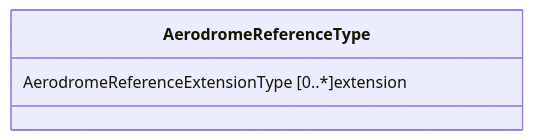
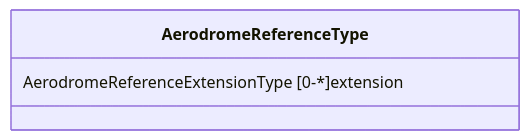
The third of 3 diagrams in docs/fixm/FIXM_UML_in_mermaid.md (du-lapin/test_docsify), drawn with Mermaid before and after one commit. The commit also changed other lines of this file, not shown here.

````diff
--- a/docs/fixm/FIXM_UML_in_mermaid.md
+++ b/docs/fixm/FIXM_UML_in_mermaid.md
@@ -24,5 +24,5 @@
 ```mermaid
 classDiagram
 class AerodromeReferenceType	
-AerodromeReferenceType : AerodromeReferenceExtensionType [0..*]extension
+AerodromeReferenceType : AerodromeReferenceExtensionType [0-*]extension
 ```
````
